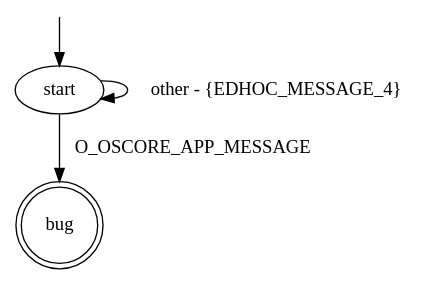
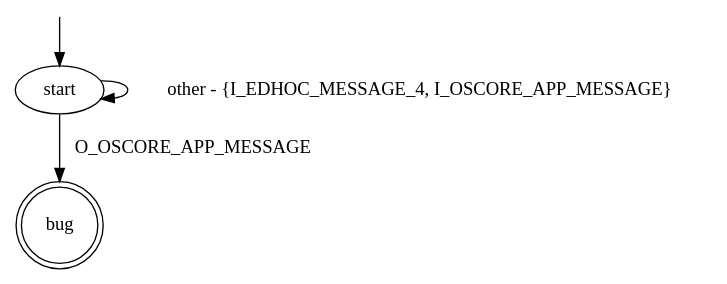
One commit to assist-project/state-machine-bug-finder changed the diagram in src/main/resources/patterns/edhoc/common/I_without_m4_appo.dot. Above: the diagram before and after it, drawn with Graphviz. The commit also changed 1 other file, not shown here.

```diff
--- a/src/main/resources/patterns/edhoc/common/I_without_m4_appo.dot
+++ b/src/main/resources/patterns/edhoc/common/I_without_m4_appo.dot
@@ -1,10 +1,10 @@
 digraph G {
 start
 bug [shape="doublecircle"]
 
-start -> start [label="other - {EDHOC_MESSAGE_4}"]
+start -> start [label="other - {I_EDHOC_MESSAGE_4, I_OSCORE_APP_MESSAGE}"]
 start -> bug [label="O_OSCORE_APP_MESSAGE"]
 
 __start0 [label="" shape="none" width="0" height="0"];
 __start0 -> start;
 }
```
